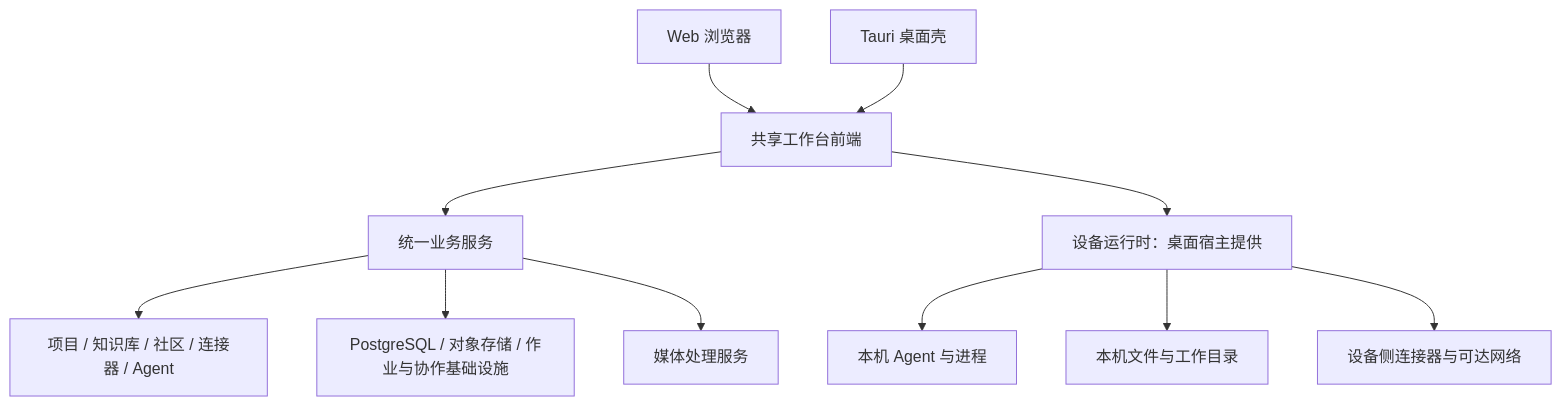
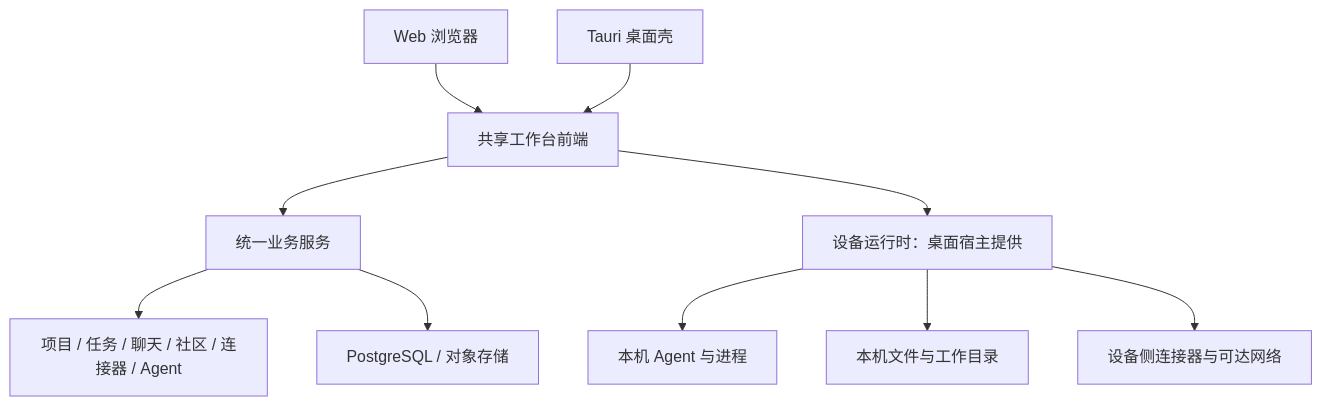
The diagram in docs/product/V1/design/arch/fouc-project-structure-design.md (ccyang-aier/fouc), drawn with Mermaid before and after one commit. The commit also changed other lines of this file and 1752 other files, not shown here.

````diff
--- a/docs/product/V1/design/arch/fouc-project-structure-design.md
+++ b/docs/product/V1/design/arch/fouc-project-structure-design.md
@@ -34,13 +33,12 @@
 ```mermaid
 flowchart TB
     Web[Web 浏览器] --> UI[共享工作台前端]
     Desktop[Tauri 桌面壳] --> UI
     UI --> Service[统一业务服务]
     UI --> Device[设备运行时：桌面宿主提供]
-    Service --> Modules[项目 / 知识库 / 社区 / 连接器 / Agent]
-    Service --> Infra[PostgreSQL / 对象存储 / 作业与协作基础设施]
+    Service --> Modules[项目 / 任务 / 聊天 / 社区 / 连接器 / Agent]
+    Service --> Infra[PostgreSQL / 对象存储]
     Device --> Agent[本机 Agent 与进程]
     Device --> Files[本机文件与工作目录]
     Device --> Network[设备侧连接器与可达网络]
-    Service --> Media[媒体处理服务]
 ```
````
